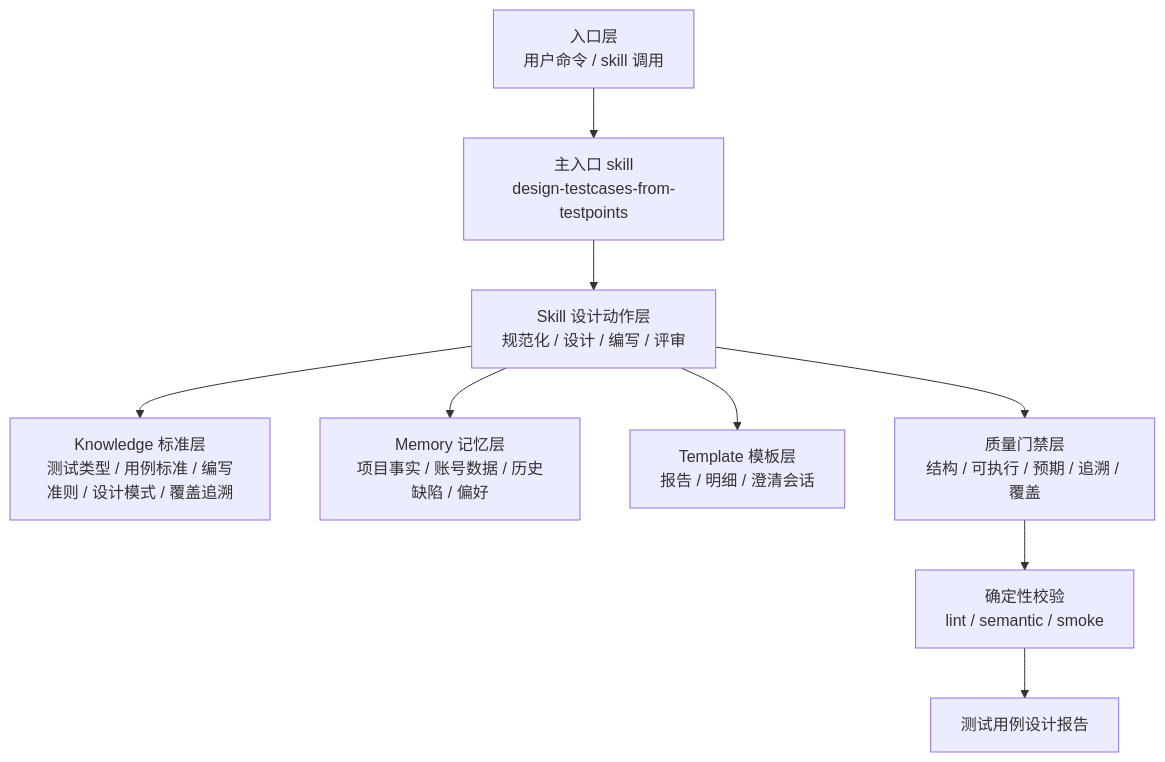
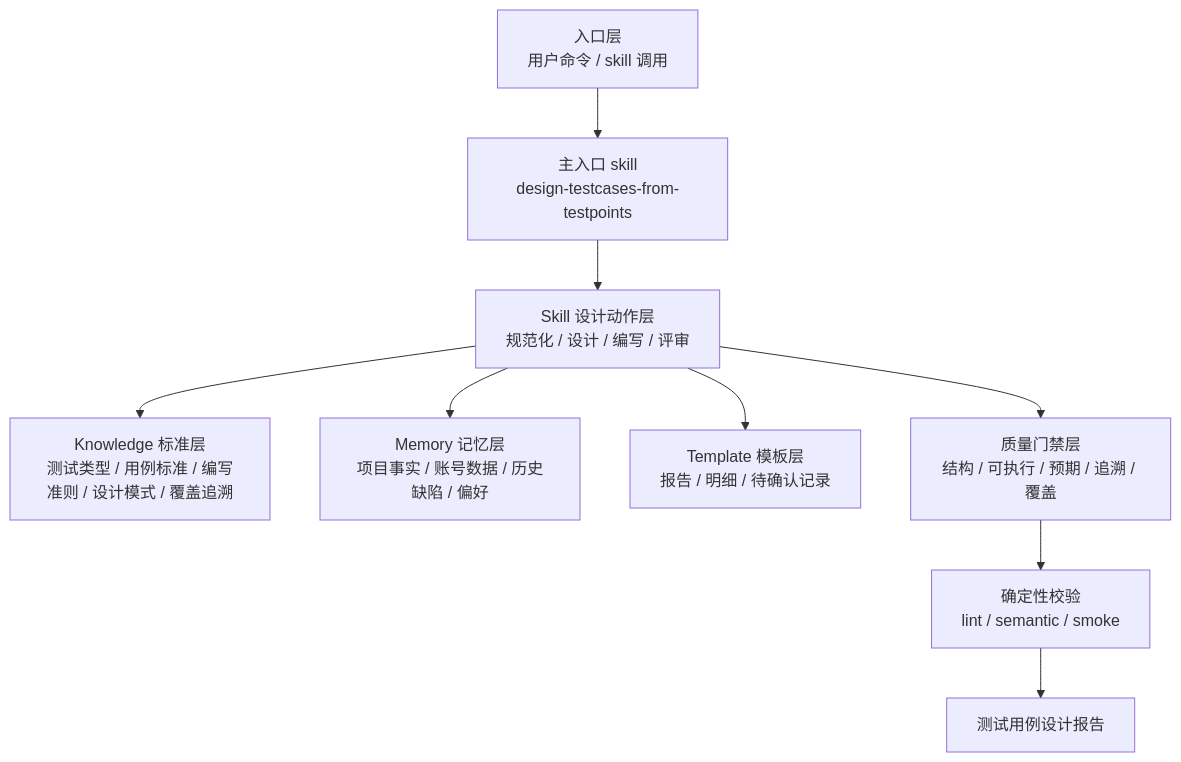
Before and after one commit to szluoqy-byte/Test-Design-Agent: the second of 7 diagrams in docs/test-design-agent-design.md, drawn with Mermaid. The commit also changed other lines of this file and 14 other files, not shown here.

````diff
--- a/docs/test-design-agent-design.md
+++ b/docs/test-design-agent-design.md
@@ -309,11 +309,11 @@
 ```mermaid
 flowchart TB
   Entry["入口层\n用户命令 / skill 调用"] --> MainSkill["主入口 skill\ndesign-testcases-from-testpoints"]
   MainSkill --> SkillLayer["Skill 设计动作层\n规范化 / 设计 / 编写 / 评审"]
   SkillLayer --> KnowledgeLayer["Knowledge 标准层\n测试类型 / 用例标准 / 编写准则 / 设计模式 / 覆盖追溯"]
   SkillLayer --> MemoryLayer["Memory 记忆层\n项目事实 / 账号数据 / 历史缺陷 / 偏好"]
-  SkillLayer --> TemplateLayer["Template 模板层\n报告 / 明细 / 澄清会话"]
+  SkillLayer --> TemplateLayer["Template 模板层\n报告 / 明细 / 待确认记录"]
   SkillLayer --> QualityLayer["质量门禁层\n结构 / 可执行 / 预期 / 追溯 / 覆盖"]
   QualityLayer --> ScriptLayer["确定性校验\nlint / semantic / smoke"]
   ScriptLayer --> Output["测试用例设计报告"]
 ```
````
